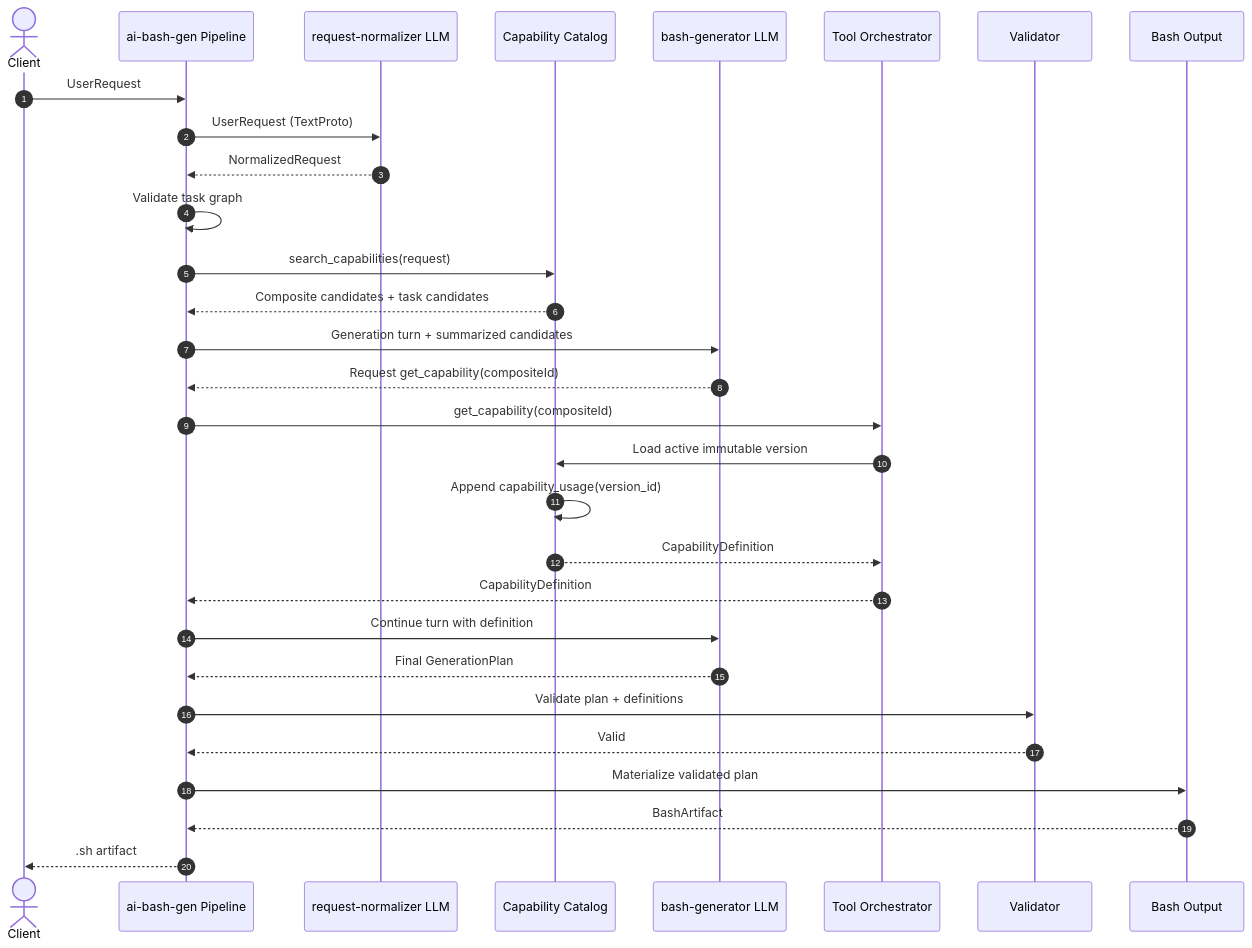
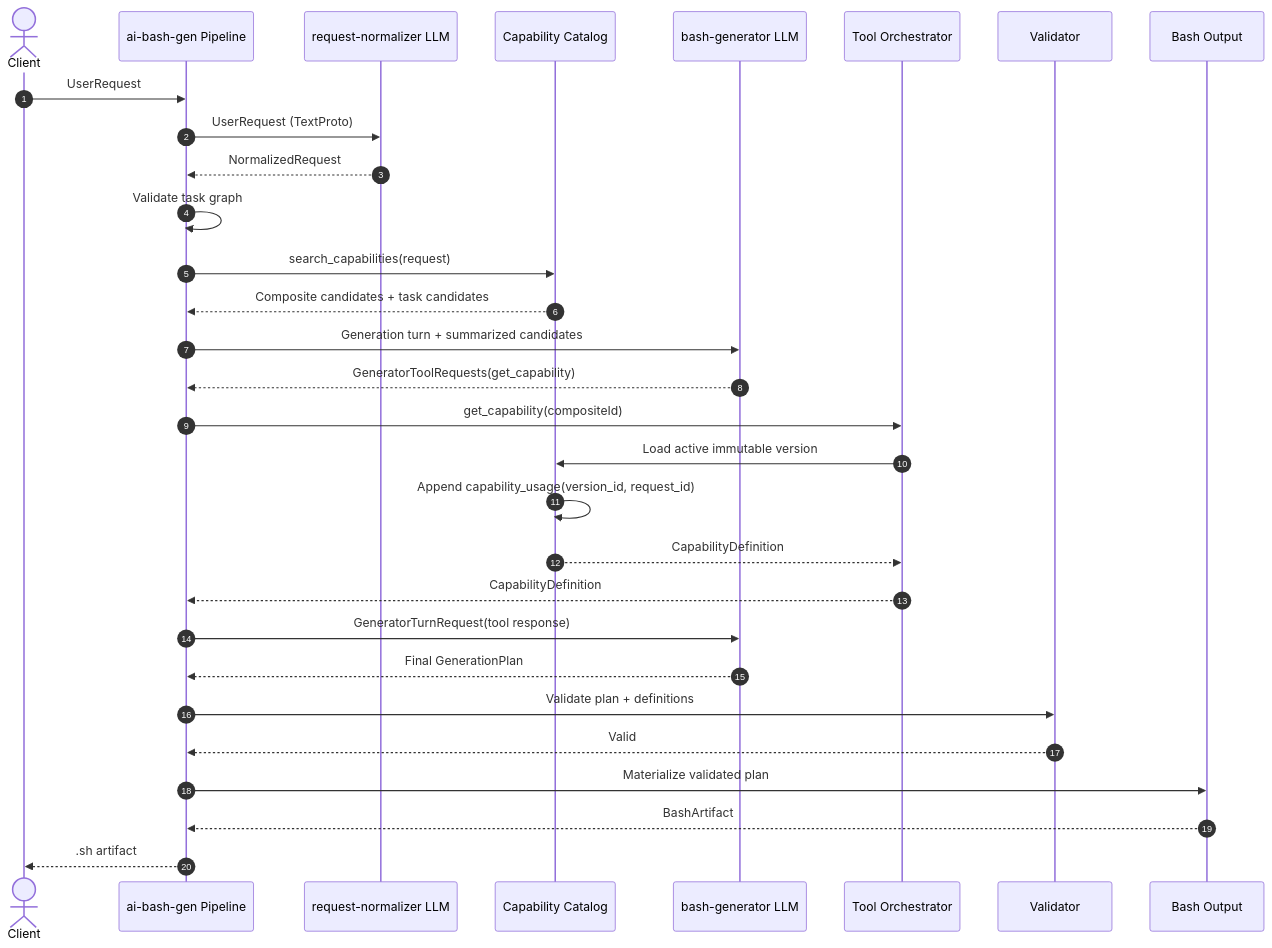
One commit to ahhvahh/ai-bash-generator changed the first of 9 diagrams in docs/pipeline/SEQUENCE_DIAGRAMS.md. Above: the diagram before and after it, drawn with Mermaid. The commit also changed other lines of this file, not shown here.

Commit message:
docs: align sequence diagrams with formal generator tool loop

````diff
--- a/docs/pipeline/SEQUENCE_DIAGRAMS.md
+++ b/docs/pipeline/SEQUENCE_DIAGRAMS.md
@@ -25,39 +25,39 @@
 ```mermaid
 sequenceDiagram
     autonumber
     actor Client
     participant P as ai-bash-gen Pipeline
     participant N as request-normalizer LLM
     participant C as Capability Catalog
     participant G as bash-generator LLM
     participant T as Tool Orchestrator
     participant V as Validator
     participant O as Bash Output
 
     Client->>P: UserRequest
     P->>N: UserRequest (TextProto)
     N-->>P: NormalizedRequest
     P->>P: Validate task graph
 
     P->>C: search_capabilities(request)
     C-->>P: Composite candidates + task candidates
 
     P->>G: Generation turn + summarized candidates
-    G-->>P: Request get_capability(compositeId)
+    G-->>P: GeneratorToolRequests(get_capability)
 
     P->>T: get_capability(compositeId)
     T->>C: Load active immutable version
-    C->>C: Append capability_usage(version_id)
+    C->>C: Append capability_usage(version_id, request_id)
     C-->>T: CapabilityDefinition
     T-->>P: CapabilityDefinition
 
-    P->>G: Continue turn with definition
+    P->>G: GeneratorTurnRequest(tool response)
     G-->>P: Final GenerationPlan
 
     P->>V: Validate plan + definitions
     V-->>P: Valid
 
     P->>O: Materialize validated plan
     O-->>P: BashArtifact
     P-->>Client: .sh artifact
 ```
````
